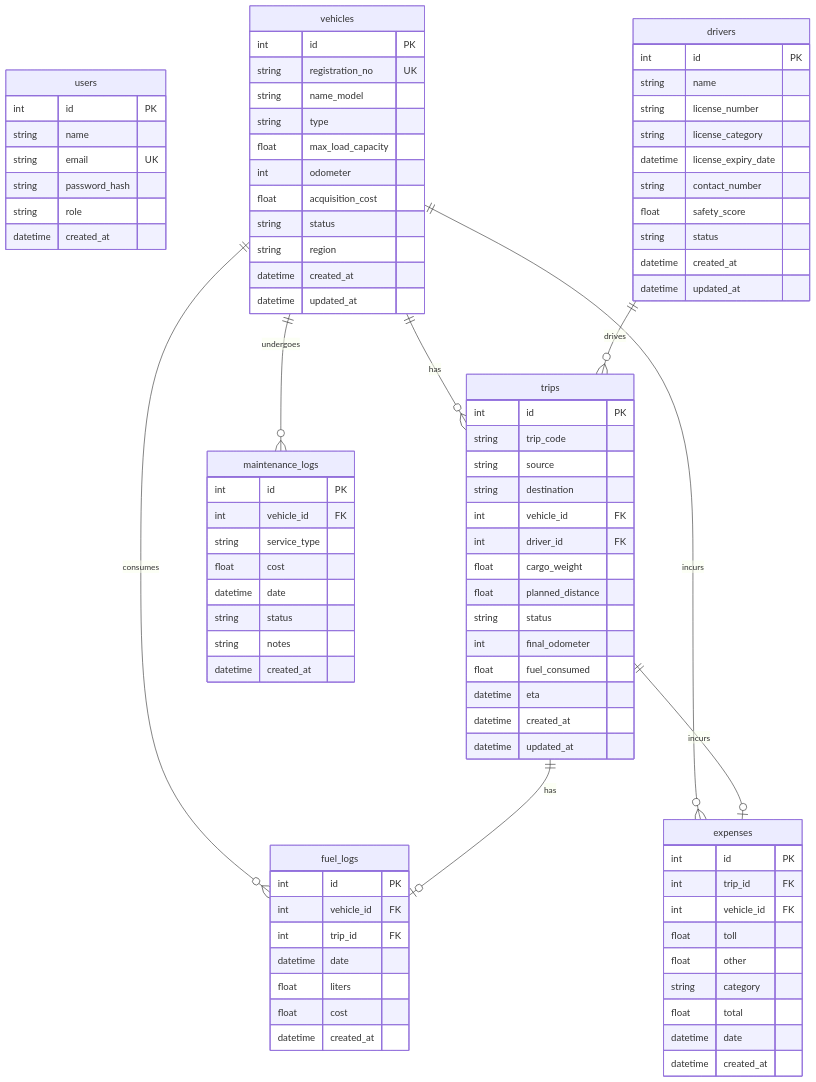
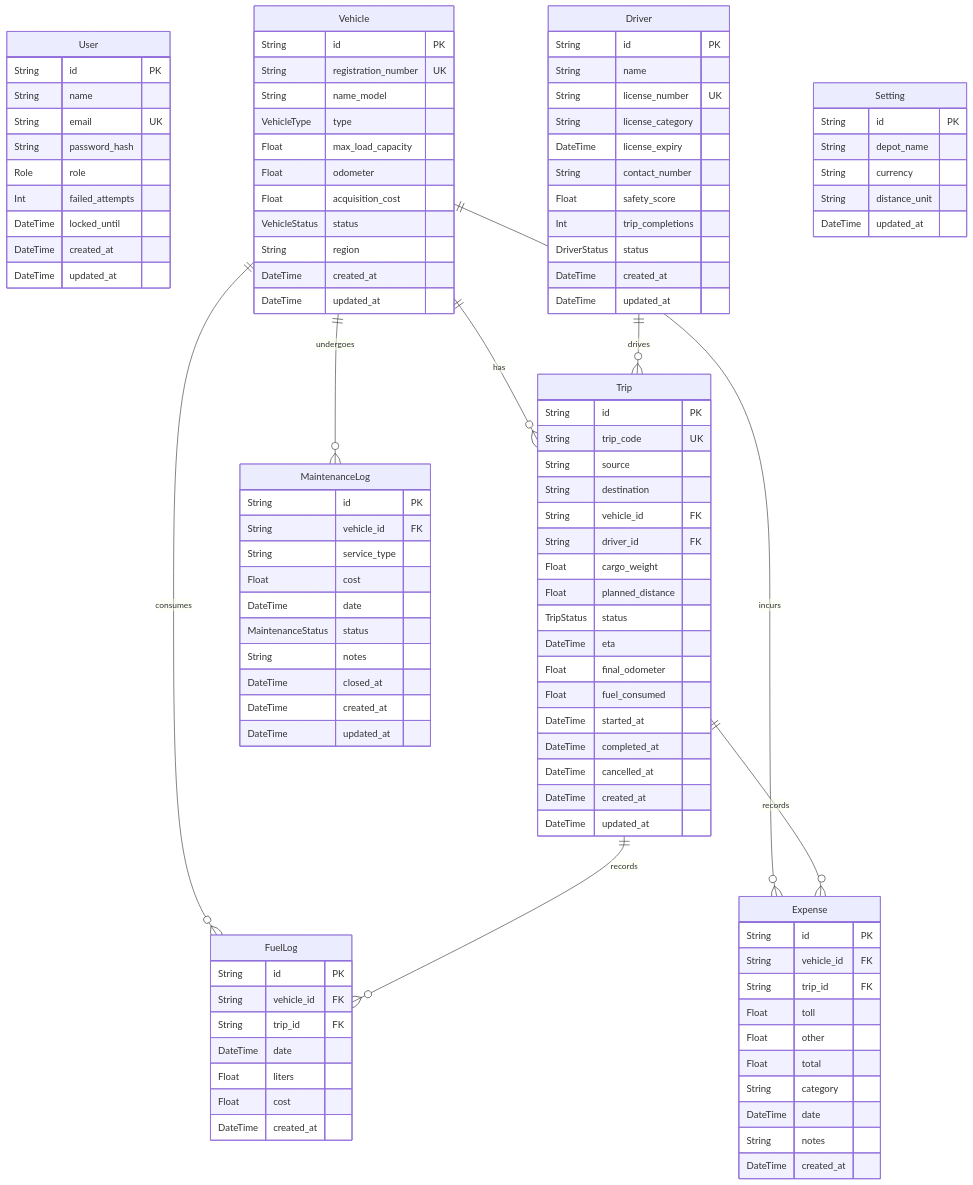
The diagram in documents/er-diagram.md (snehadpatel/TransitOps), drawn with Mermaid before and after one commit. The commit also changed other lines of this file and 5 other files, not shown here.

Commit message:
docs: finalize architecture, API reference, ER diagram, decisions log, and backend README

````diff
--- a/documents/er-diagram.md
+++ b/documents/er-diagram.md
@@ -5,96 +5,114 @@
 ```mermaid
 erDiagram
-    users {
-        int id PK
-        string name
-        string email UK
-        string password_hash
-        string role
-        datetime created_at
+    User {
+        String id PK
+        String name
+        String email UK
+        String password_hash
+        Role role
+        Int failed_attempts
+        DateTime locked_until
+        DateTime created_at
+        DateTime updated_at
     }
 
-    vehicles {
-        int id PK
-        string registration_no UK
-        string name_model
-        string type
-        float max_load_capacity
-        int odometer
-        float acquisition_cost
-        string status
-        string region
-        datetime created_at
-        datetime updated_at
+    Vehicle {
+        String id PK
+        String registration_number UK
+        String name_model
+        VehicleType type
+        Float max_load_capacity
+        Float odometer
+        Float acquisition_cost
+        VehicleStatus status
+        String region
+        DateTime created_at
+        DateTime updated_at
     }
 
-    drivers {
-        int id PK
-        string name
-        string license_number
-        string license_category
-        datetime license_expiry_date
-        string contact_number
-        float safety_score
-        string status
-        datetime created_at
-        datetime updated_at
+    Driver {
+        String id PK
+        String name
+        String license_number UK
+        String license_category
+        DateTime license_expiry
+        String contact_number
+        Float safety_score
+        Int trip_completions
+        DriverStatus status
+        DateTime created_at
+        DateTime updated_at
     }
 
-    trips {
-        int id PK
-        string trip_code
-        string source
-        string destination
-        int vehicle_id FK
-        int driver_id FK
-        float cargo_weight
-        float planned_distance
-        string status
-        int final_odometer
-        float fuel_consumed
-        datetime eta
-        datetime created_at
-        datetime updated_at
+    Trip {
+        String id PK
+        String trip_code UK
+        String source
+        String destination
+        String vehicle_id FK
+        String driver_id FK
+        Float cargo_weight
+        Float planned_distance
+        TripStatus status
+        DateTime eta
+        Float final_odometer
+        Float fuel_consumed
+        DateTime started_at
+        DateTime completed_at
+        DateTime cancelled_at
+        DateTime created_at
+        DateTime updated_at
     }
 
-    maintenance_logs {
-        int id PK
-        int vehicle_id FK
-        string service_type
-        float cost
-        datetime date
-        string status
-        string notes
-        datetime created_at
+    MaintenanceLog {
+        String id PK
+        String vehicle_id FK
+        String service_type
+        Float cost
+        DateTime date
+        MaintenanceStatus status
+        String notes
+        DateTime closed_at
+        DateTime created_at
+        DateTime updated_at
     }
 
-    fuel_logs {
-        int id PK
-        int vehicle_id FK
-        int trip_id FK
-        datetime date
-        float liters
-        float cost
-        datetime created_at
+    FuelLog {
+        String id PK
+        String vehicle_id FK
+        String trip_id FK
+        DateTime date
+        Float liters
+        Float cost
+        DateTime created_at
     }
 
-    expenses {
-        int id PK
-        int trip_id FK
-        int vehicle_id FK
-        float toll
-        float other
-        string category
-        float total
-        datetime date
-        datetime created_at
+    Expense {
+        String id PK
+        String vehicle_id FK
+        String trip_id FK
+        Float toll
+        Float other
+        Float total
+        String category
+        DateTime date
+        String notes
+        DateTime created_at
     }
 
-    vehicles ||--o{ trips : "has"
-    drivers ||--o{ trips : "drives"
-    vehicles ||--o{ maintenance_logs : "undergoes"
-    vehicles ||--o{ fuel_logs : "consumes"
-    trips ||--o| fuel_logs : "has"
-    vehicles ||--o{ expenses : "incurs"
-    trips ||--o| expenses : "incurs"
+    Setting {
+        String id PK
+        String depot_name
+        String currency
+        String distance_unit
+        DateTime updated_at
+    }
+
+    Vehicle ||--o{ Trip : "has"
+    Driver ||--o{ Trip : "drives"
+    Vehicle ||--o{ MaintenanceLog : "undergoes"
+    Vehicle ||--o{ FuelLog : "consumes"
+    Trip ||--o{ FuelLog : "records"
+    Vehicle ||--o{ Expense : "incurs"
+    Trip ||--o{ Expense : "records"
 ```
````
